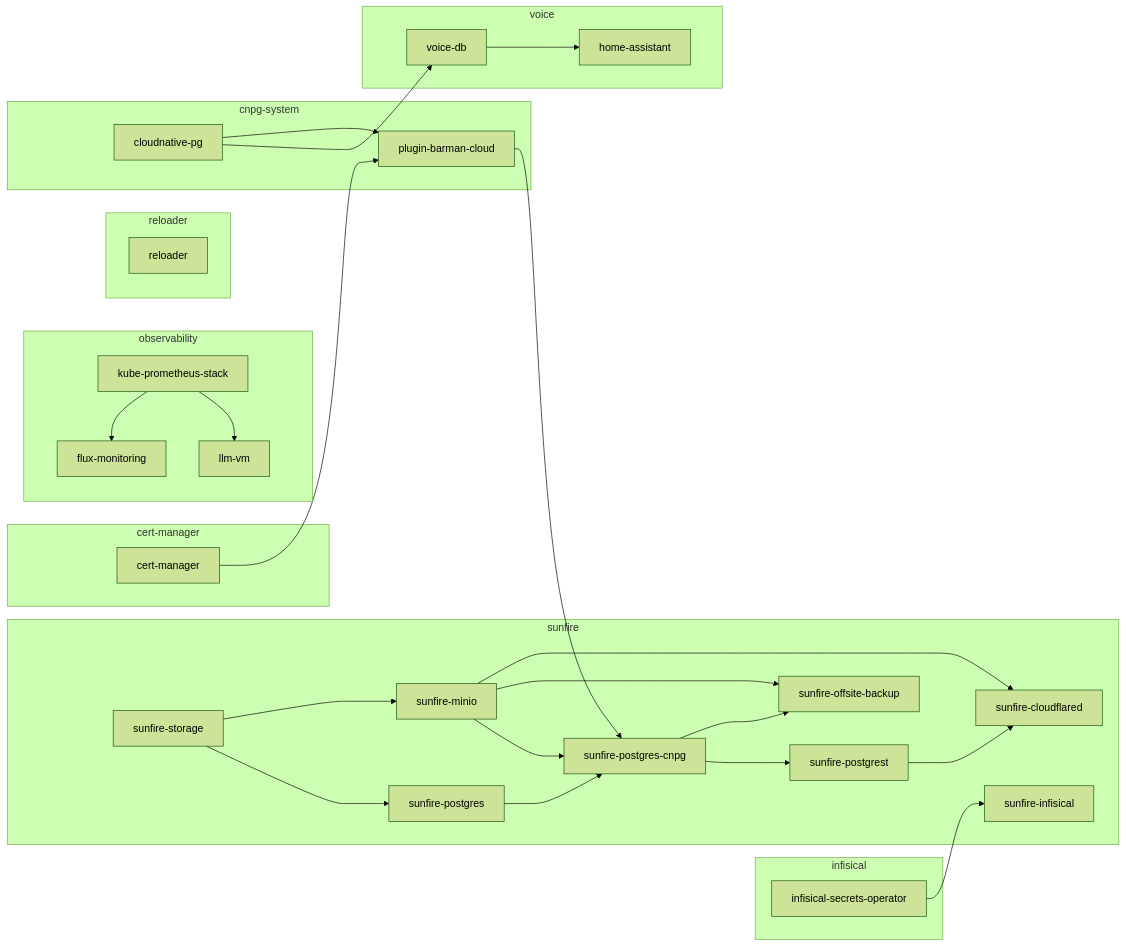
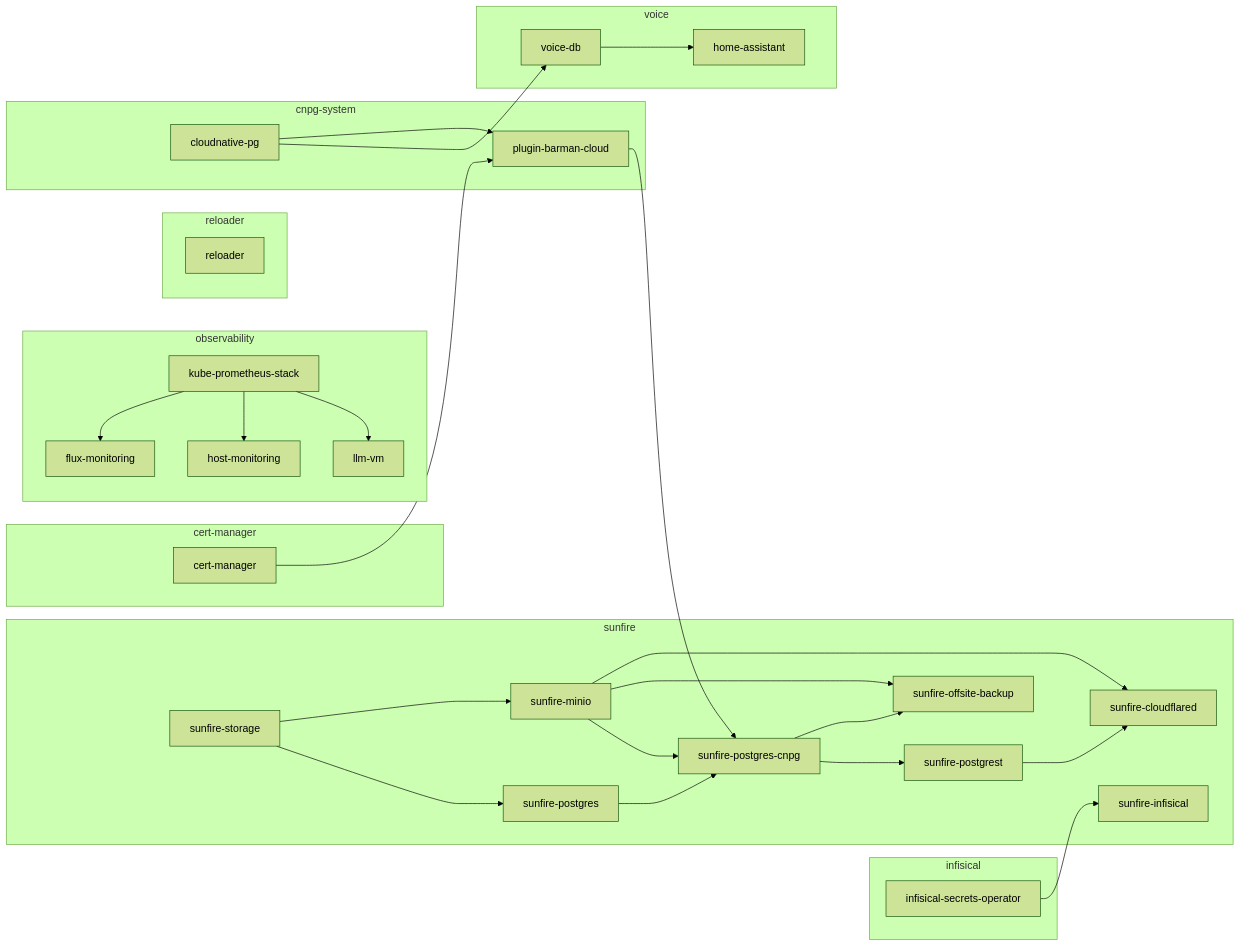
One commit to lambo-n/homelab changed the diagram in README.md. Above: the diagram before and after it, drawn with Mermaid (forest theme). The commit also changed 10 other files, not shown here.

First line of the commit message:
feat(observability): host monitoring for the Proxmox host (G3-G7)

````diff
--- a/README.md
+++ b/README.md
@@ -465,52 +465,54 @@
 ```mermaid
 flowchart LR
   subgraph ns_cert_manager["cert-manager"]
     cert_manager["cert-manager"]
   end
   subgraph ns_cnpg_system["cnpg-system"]
     cloudnative_pg["cloudnative-pg"]
     plugin_barman_cloud["plugin-barman-cloud"]
   end
   subgraph ns_infisical["infisical"]
     infisical_secrets_operator["infisical-secrets-operator"]
   end
   subgraph ns_observability["observability"]
     flux_monitoring["flux-monitoring"]
+    host_monitoring["host-monitoring"]
     kube_prometheus_stack["kube-prometheus-stack"]
     llm_vm["llm-vm"]
   end
   subgraph ns_reloader["reloader"]
     reloader["reloader"]
   end
   subgraph ns_sunfire["sunfire"]
     sunfire_cloudflared["sunfire-cloudflared"]
     sunfire_infisical["sunfire-infisical"]
     sunfire_minio["sunfire-minio"]
     sunfire_offsite_backup["sunfire-offsite-backup"]
     sunfire_postgres["sunfire-postgres"]
     sunfire_postgres_cnpg["sunfire-postgres-cnpg"]
     sunfire_postgrest["sunfire-postgrest"]
     sunfire_storage["sunfire-storage"]
   end
   subgraph ns_voice["voice"]
     home_assistant["home-assistant"]
     voice_db["voice-db"]
   end
   kube_prometheus_stack --> flux_monitoring
   voice_db --> home_assistant
+  kube_prometheus_stack --> host_monitoring
   kube_prometheus_stack --> llm_vm
   cert_manager --> plugin_barman_cloud
   cloudnative_pg --> plugin_barman_cloud
   sunfire_minio --> sunfire_cloudflared
   sunfire_postgrest --> sunfire_cloudflared
   infisical_secrets_operator --> sunfire_infisical
   sunfire_storage --> sunfire_minio
   sunfire_minio --> sunfire_offsite_backup
   sunfire_postgres_cnpg --> sunfire_offsite_backup
   sunfire_storage --> sunfire_postgres
   plugin_barman_cloud --> sunfire_postgres_cnpg
   sunfire_minio --> sunfire_postgres_cnpg
   sunfire_postgres --> sunfire_postgres_cnpg
   sunfire_postgres_cnpg --> sunfire_postgrest
   cloudnative_pg --> voice_db
 ```
````
